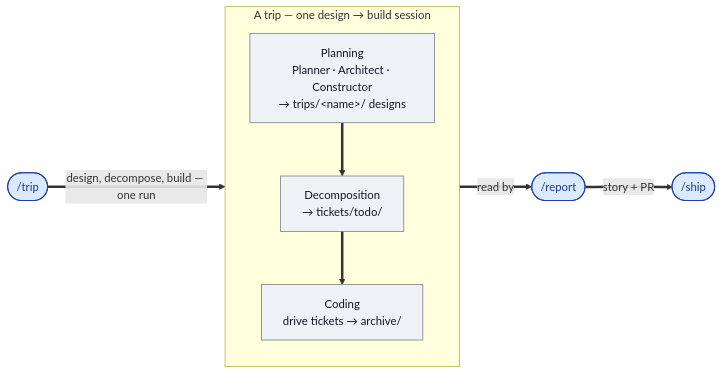
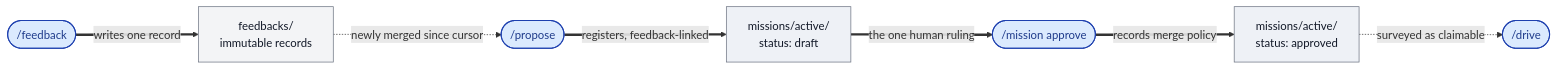
The third of 5 diagrams in README.md (qmu/workaholic), drawn with Mermaid before and after one commit. The commit also changed other lines of this file and 105 other files, not shown here.

````diff
--- a/README.md
+++ b/README.md
@@ -263,23 +260,25 @@
 ```mermaid
 flowchart LR
-  trip(["/trip"])
-  report(["/report"])
-  ship(["/ship"])
+  feedback(["/feedback"])
+  propose(["/propose"])
+  mission(["/mission approve"])
+  drive(["/drive"])
 
-  subgraph TRIP["A trip — one design → build session"]
-    direction TB
-    planning["Planning<br/>Planner · Architect · Constructor<br/>→ trips/&lt;name&gt;/ designs"]
-    decomp["Decomposition<br/>→ tickets/todo/"]
-    coding["Coding<br/>drive tickets → archive/"]
-    planning ==> decomp ==> coding
-  end
+  FBK["feedbacks/<br/>immutable records"]
+  DRAFT["missions/active/<br/>status: draft"]
+  APPR["missions/active/<br/>status: approved"]
 
-  trip ==>|design, decompose, build — one run| planning
-  coding ==>|read by| report
-  report ==>|story + PR| ship
+  feedback ==>|writes one record| FBK
+  FBK -.->|newly merged since cursor| propose
+  propose ==>|registers, feedback-linked| DRAFT
+  DRAFT ==>|the one human ruling| mission
+  mission ==>|records merge policy| APPR
+  APPR -.->|surveyed as claimable| drive
 
   classDef cmd fill:#dbeafe,stroke:#1e40af,stroke-width:1.5px,color:#1e3a8a;
   classDef state fill:#eef1f6,stroke:#6b7280,color:#111827;
-  class trip,report,ship cmd;
-  class planning,decomp,coding state;
+  classDef art fill:#f3f4f6,stroke:#6b7280,color:#111827;
+  class feedback,propose,mission,drive cmd;
+  class DRAFT,APPR state;
+  class FBK art;
 ```
````
